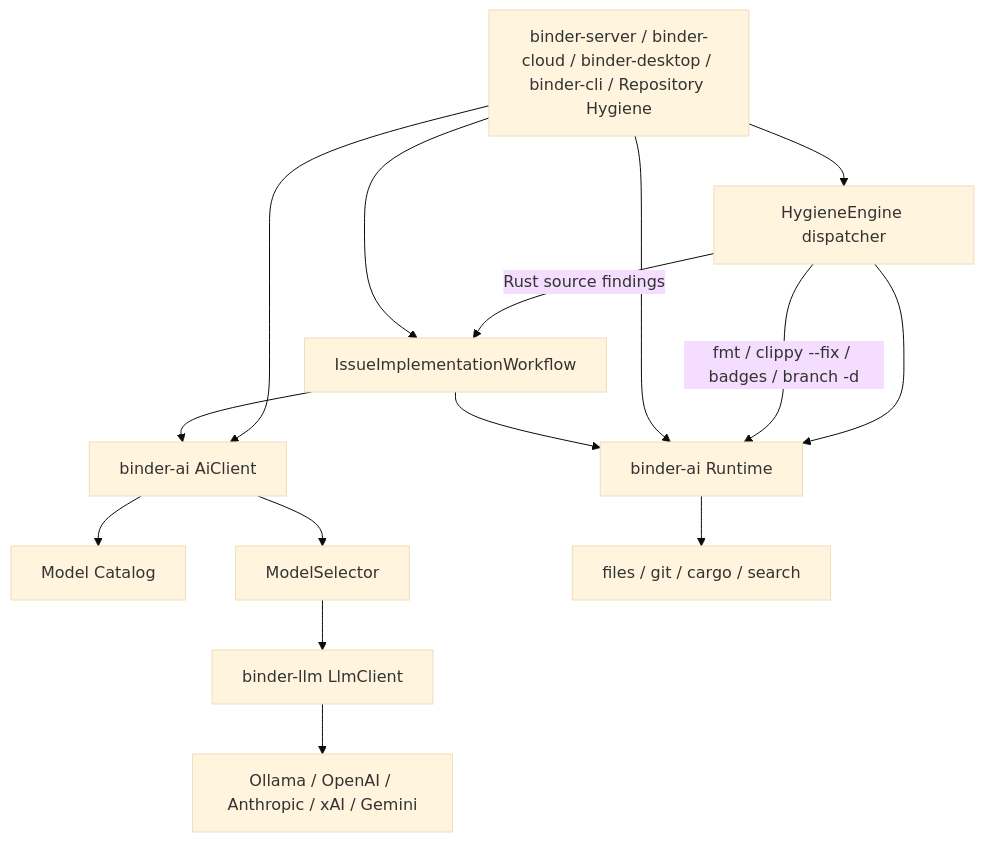
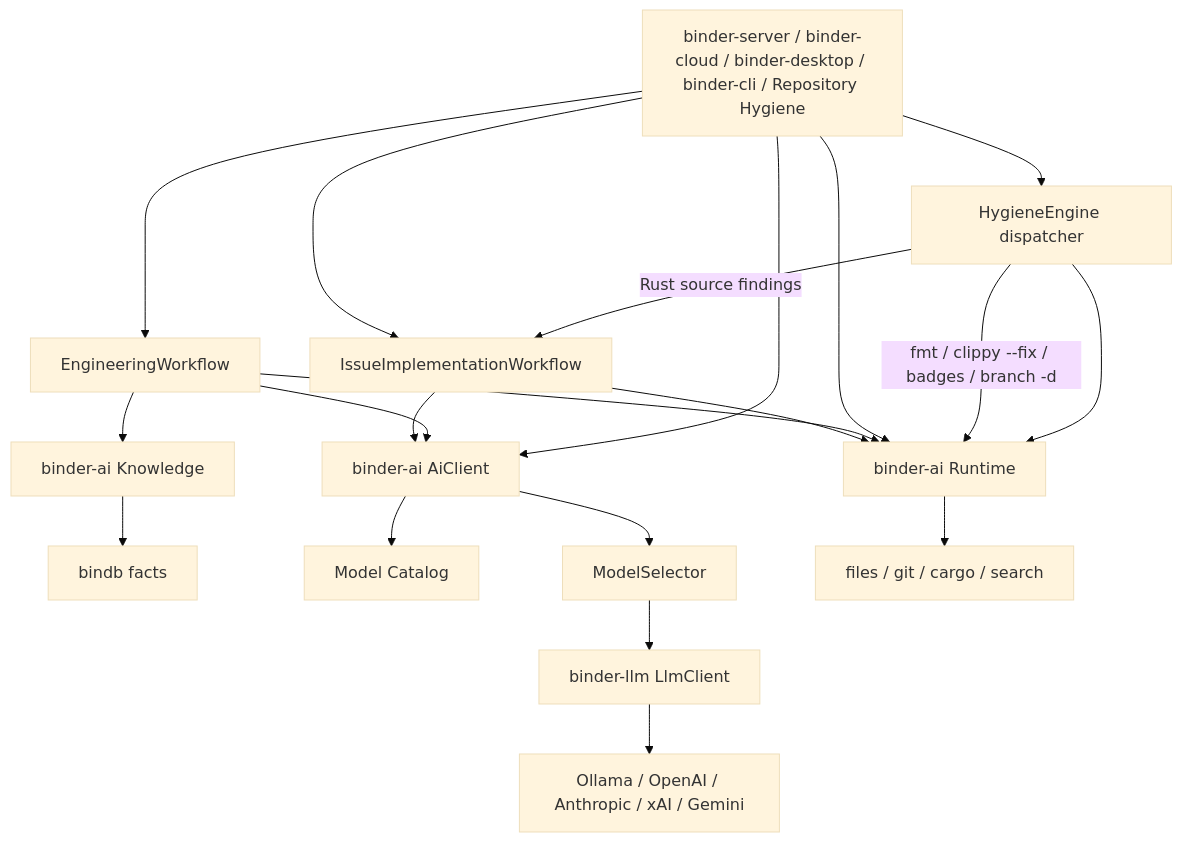
Before and after one commit to dpkimball/binder-ai: the diagram in docs/as-built/architecture.md, drawn with Mermaid (base theme). The commit also changed other lines of this file and 17 other files, not shown here.

First line of the commit message:
Query bindb before invoking binder-llm for engineering work.

````diff
--- a/docs/as-built/architecture.md
+++ b/docs/as-built/architecture.md
@@ -5,27 +5,35 @@
 ```mermaid
 flowchart TD
   apps["binder-server / binder-cloud / binder-desktop / binder-cli / Repository Hygiene"]
   ai["binder-ai AiClient"]
   runtime["binder-ai Runtime"]
+  knowledge["binder-ai Knowledge"]
+  bindb["bindb facts"]
   hygiene["HygieneEngine dispatcher"]
   wf["IssueImplementationWorkflow"]
+  eng["EngineeringWorkflow"]
   catalog["Model Catalog"]
   selector["ModelSelector"]
   llm["binder-llm LlmClient"]
   providers["Ollama / OpenAI / Anthropic / xAI / Gemini"]
   env["files / git / cargo / search"]
   apps --> hygiene
   hygiene --> runtime
   hygiene -->|"Rust source findings"| wf
   hygiene -->|"fmt / clippy --fix / badges / branch -d"| runtime
   apps --> ai
   apps --> runtime
   apps --> wf
+  apps --> eng
+  eng --> knowledge
+  knowledge --> bindb
+  eng --> ai
+  eng --> runtime
   wf --> ai
   wf --> runtime
   ai --> catalog
   ai --> selector
   selector --> llm
   llm --> providers
   runtime --> env
 ```
````
